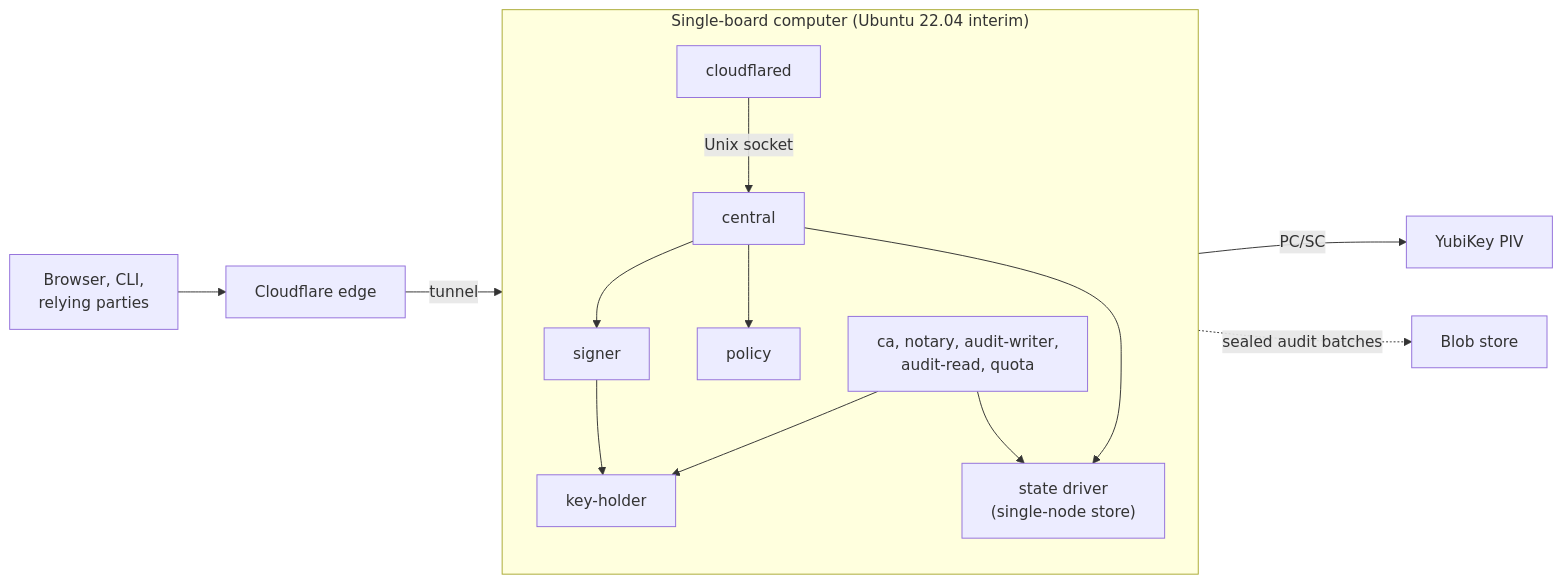
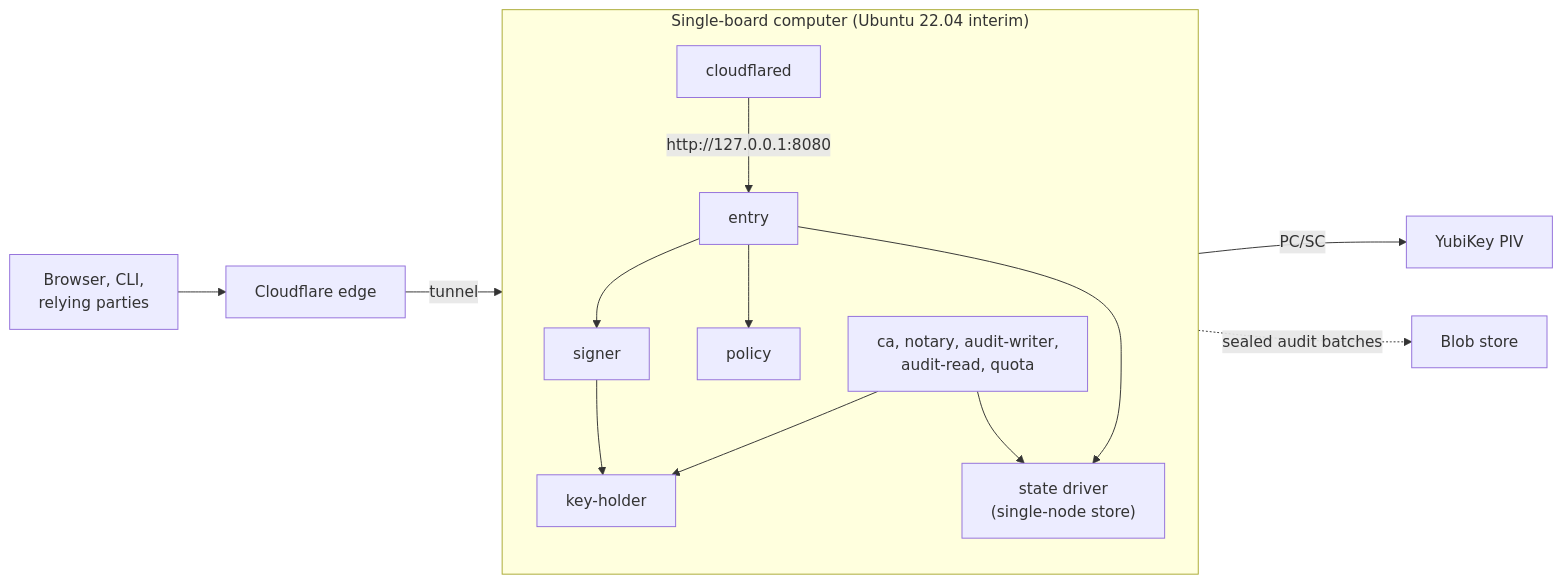
Before and after one commit to truvity/sluis: the diagram in docs/shapes/single-node.md, drawn with Mermaid. The commit also changed other lines of this file and 26 other files, not shown here.

````diff
--- a/docs/shapes/single-node.md
+++ b/docs/shapes/single-node.md
@@ -13,24 +13,24 @@
 ```mermaid
 flowchart LR
   user["Browser, CLI,<br/>relying parties"] --> cf["Cloudflare edge"]
   cf -- "tunnel" --> cfd
   subgraph board["Single-board computer (Ubuntu 22.04 interim)"]
     direction TB
     cfd["cloudflared"]
-    central["central"]
+    entry["entry"]
     signer["signer"]
     policy["policy"]
     roles["ca, notary, audit-writer,<br/>audit-read, quota"]
     kh["key-holder"]
     st["state driver<br/>(single-node store)"]
-    cfd -- "Unix socket" --> central
-    central --> signer
-    central --> policy
+    cfd -- "http://127.0.0.1:8080" --> entry
+    entry --> signer
+    entry --> policy
     signer --> kh
     roles --> kh
-    central --> st
+    entry --> st
     roles --> st
   end
   kh -- "PC/SC" --> yk["YubiKey PIV"]
   roles -. "sealed audit batches" .-> blob["Blob store"]
 ```
````
